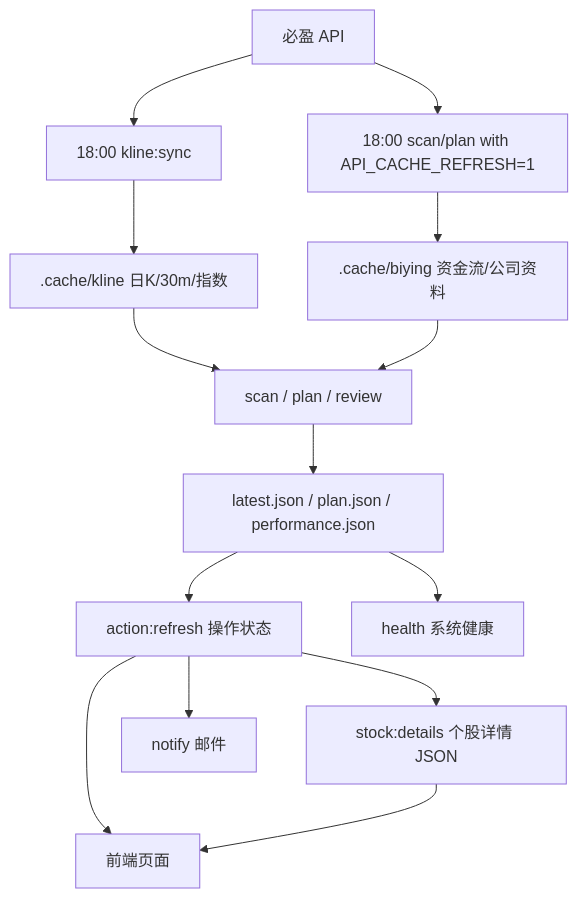
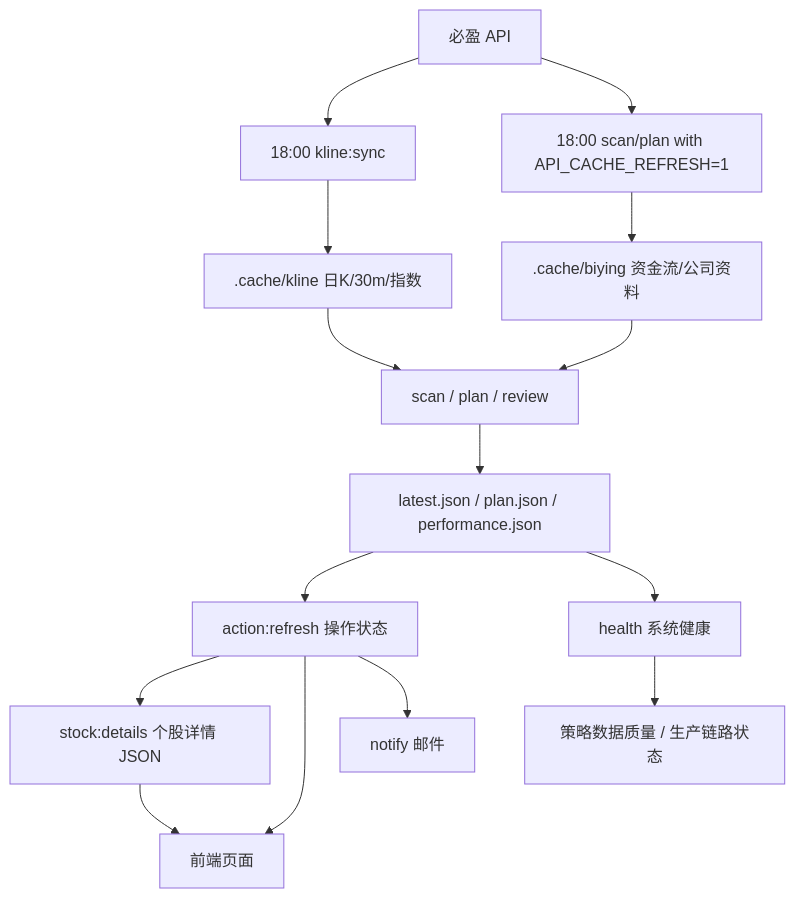
The diagram in docs/HANDOFF.md (a0714z/a-share-money-radar), drawn with Mermaid before and after one commit. The commit also changed other lines of this file and 5 other files, not shown here.

````diff
--- a/docs/HANDOFF.md
+++ b/docs/HANDOFF.md
@@ -127,16 +127,17 @@
 ```mermaid
 flowchart TD
   A["必盈 API"] --> B["18:00 kline:sync"]
   A --> C["18:00 scan/plan with API_CACHE_REFRESH=1"]
   B --> D[".cache/kline 日K/30m/指数"]
   C --> E[".cache/biying 资金流/公司资料"]
   D --> F["scan / plan / review"]
   E --> F
   F --> G["latest.json / plan.json / performance.json"]
   G --> H["action:refresh 操作状态"]
   H --> I["stock:details 个股详情 JSON"]
   H --> J["前端页面"]
   H --> K["notify 邮件"]
   I --> J
   G --> L["health 系统健康"]
+  L --> M["策略数据质量 / 生产链路状态"]
 ```
````
